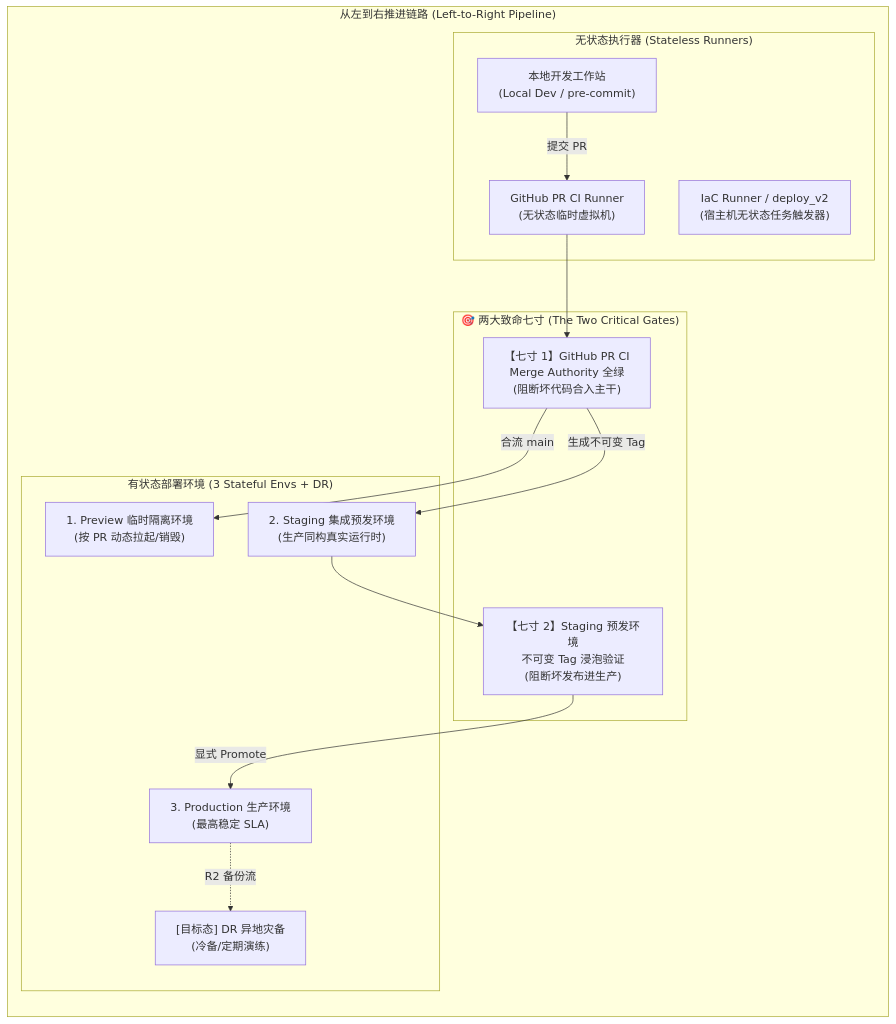
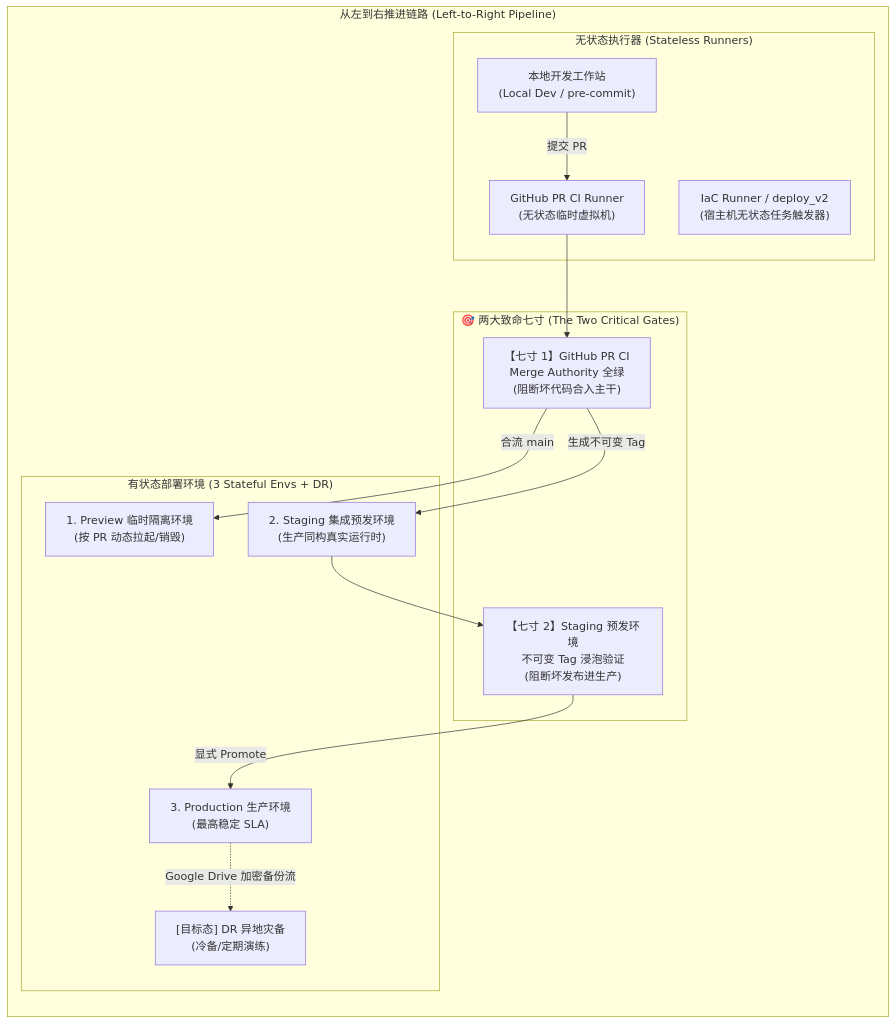
Before and after one commit to wangzitian0/infra2: the diagram in docs/ssot/core.environments.md, drawn with Mermaid. The commit also changed other lines of this file and 5 other files, not shown here.

````diff
--- a/docs/ssot/core.environments.md
+++ b/docs/ssot/core.environments.md
@@ -27,30 +27,30 @@
 ```mermaid
 flowchart LR
     subgraph L2R["从左到右推进链路 (Left-to-Right Pipeline)"]
         subgraph Runners["无状态执行器 (Stateless Runners)"]
             DevStation["本地开发工作站<br/>(Local Dev / pre-commit)"]
             GHARunner["GitHub PR CI Runner<br/>(无状态临时虚拟机)"]
             IaCRunner["IaC Runner / deploy_v2<br/>(宿主机无状态任务触发器)"]
         end
 
         subgraph ChokePoints["🎯 两大致命七寸 (The Two Critical Gates)"]
             Gate1["【七寸 1】GitHub PR CI<br/>Merge Authority 全绿<br/>(阻断坏代码合入主干)"]
             Gate2["【七寸 2】Staging 预发环境<br/>不可变 Tag 浸泡验证<br/>(阻断坏发布进生产)"]
         end
 
         subgraph DeployEnvs["有状态部署环境 (3 Stateful Envs + DR)"]
             Preview["1. Preview 临时隔离环境<br/>(按 PR 动态拉起/销毁)"]
             Staging["2. Staging 集成预发环境<br/>(生产同构真实运行时)"]
             Production["3. Production 生产环境<br/>(最高稳定 SLA)"]
             DR["[目标态] DR 异地灾备<br/>(冷备/定期演练)"]
         end
     end
 
     DevStation -->|提交 PR| GHARunner
     GHARunner --> Gate1
     Gate1 -->|合流 main| Preview
     Gate1 -->|生成不可变 Tag| Staging
     Staging --> Gate2
     Gate2 -->|显式 Promote| Production
-    Production -.->|R2 备份流| DR
+    Production -.->|Google Drive 加密备份流| DR
 ```
````
